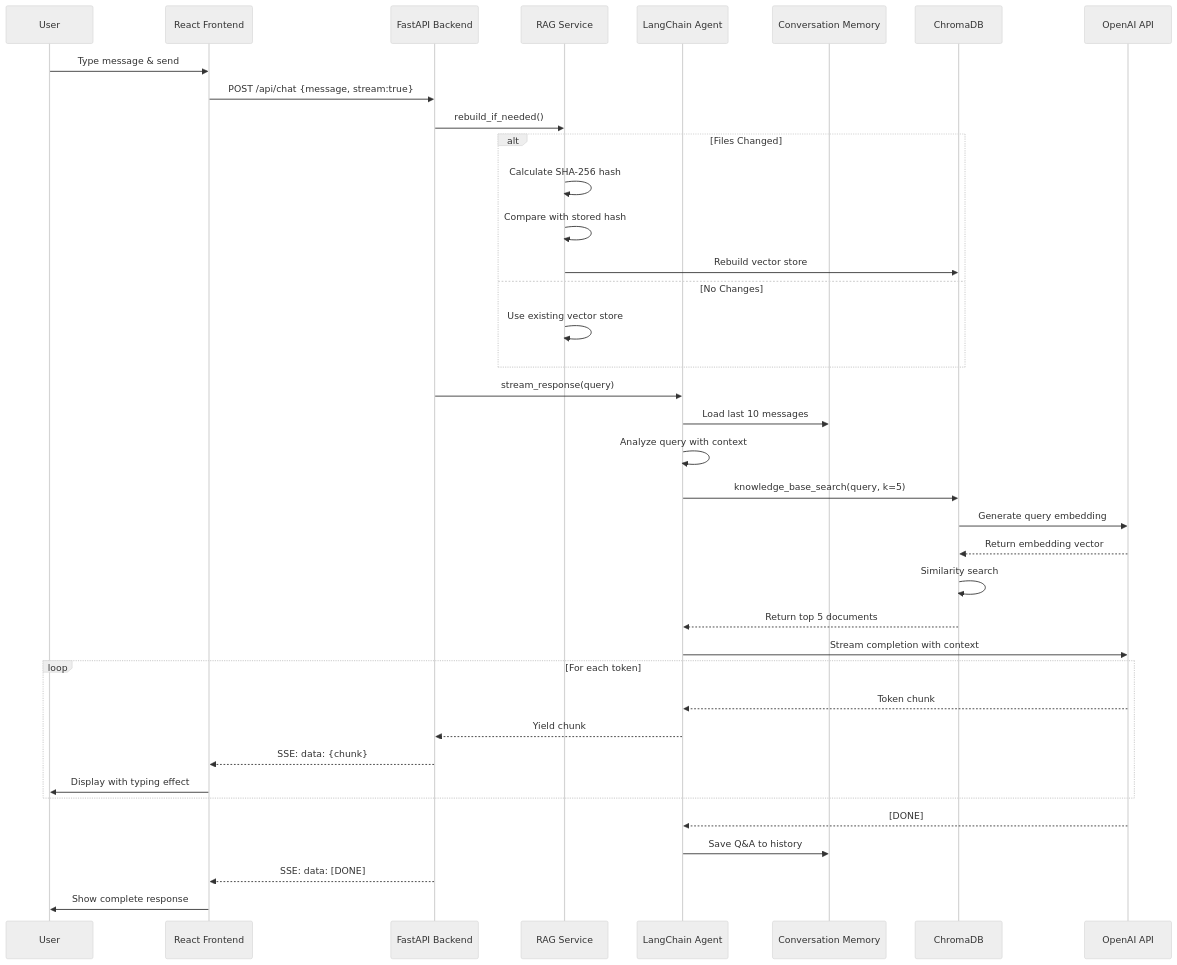
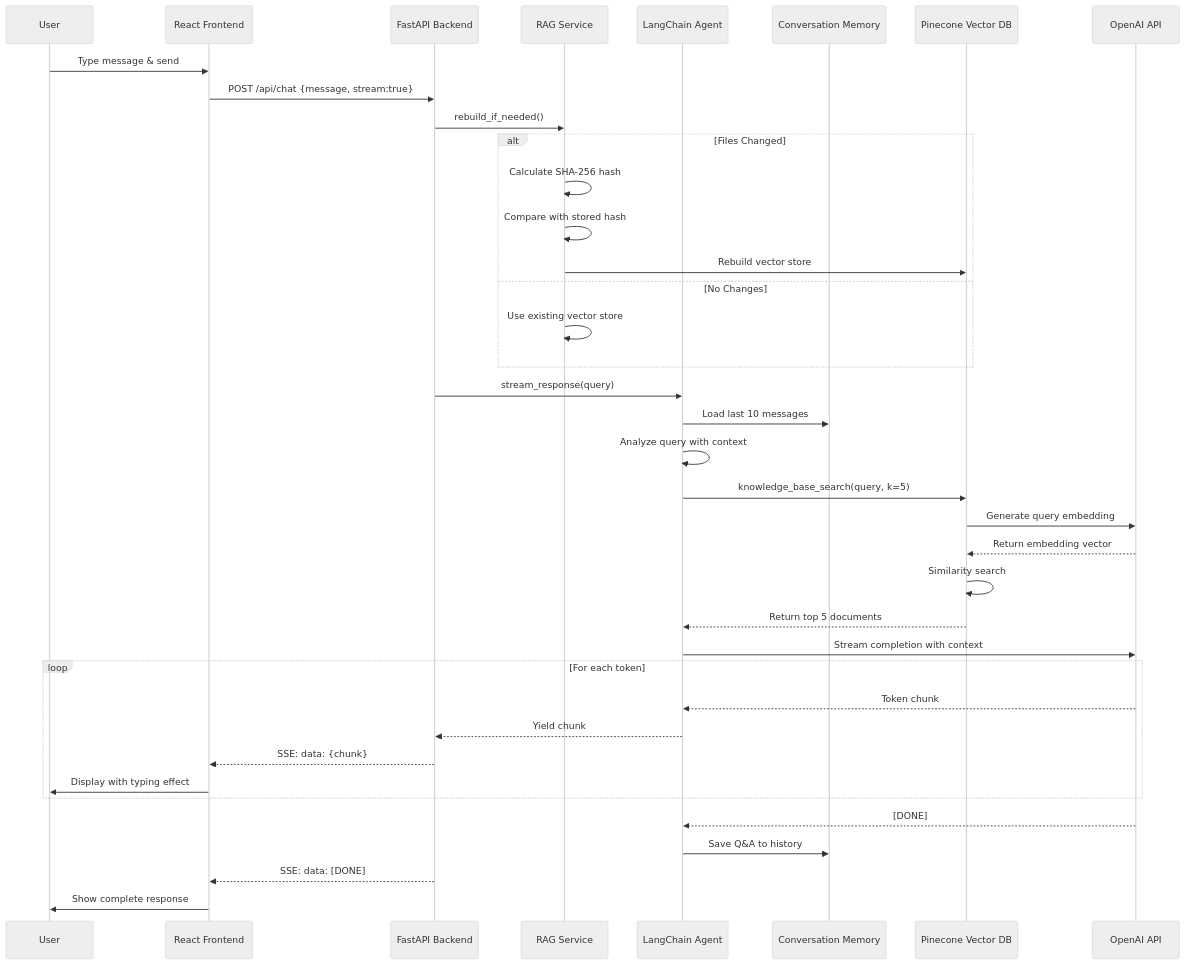
Before and after one commit to NinobraV/knowra-onboarding-agent: the second of 8 diagrams in README.md, drawn with Mermaid (neutral theme). The commit also changed other lines of this file and 6 other files, not shown here.

Commit message:
feat: Integrate Pinecone as vector store and enhance chunking service with advanced metadata extraction and quality metrics

````diff
--- a/README.md
+++ b/README.md
@@ -118,45 +123,45 @@
 ```mermaid
 sequenceDiagram
     participant User
     participant React as React Frontend
     participant FastAPI as FastAPI Backend
     participant RAG as RAG Service
     participant Agent as LangChain Agent
     participant Memory as Conversation Memory
-    participant Chroma as ChromaDB
+    participant Pinecone as Pinecone Vector DB
     participant OpenAI as OpenAI API
     
     User->>React: Type message & send
     React->>FastAPI: POST /api/chat {message, stream:true}
     FastAPI->>RAG: rebuild_if_needed()
     
     alt Files Changed
         RAG->>RAG: Calculate SHA-256 hash
         RAG->>RAG: Compare with stored hash
-        RAG->>Chroma: Rebuild vector store
+        RAG->>Pinecone: Rebuild vector store
     else No Changes
         RAG->>RAG: Use existing vector store
     end
     
     FastAPI->>Agent: stream_response(query)
     Agent->>Memory: Load last 10 messages
     Agent->>Agent: Analyze query with context
-    Agent->>Chroma: knowledge_base_search(query, k=5)
-    Chroma->>OpenAI: Generate query embedding
-    OpenAI-->>Chroma: Return embedding vector
-    Chroma->>Chroma: Similarity search
-    Chroma-->>Agent: Return top 5 documents
+    Agent->>Pinecone: knowledge_base_search(query, k=5)
+    Pinecone->>OpenAI: Generate query embedding
+    OpenAI-->>Pinecone: Return embedding vector
+    Pinecone->>Pinecone: Similarity search
+    Pinecone-->>Agent: Return top 5 documents
     Agent->>OpenAI: Stream completion with context
     
     loop For each token
         OpenAI-->>Agent: Token chunk
         Agent-->>FastAPI: Yield chunk
         FastAPI-->>React: SSE: data: {chunk}
         React->>User: Display with typing effect
     end
     
     OpenAI-->>Agent: [DONE]
     Agent->>Memory: Save Q&A to history
     FastAPI-->>React: SSE: data: [DONE]
     React->>User: Show complete response
 ```
````
